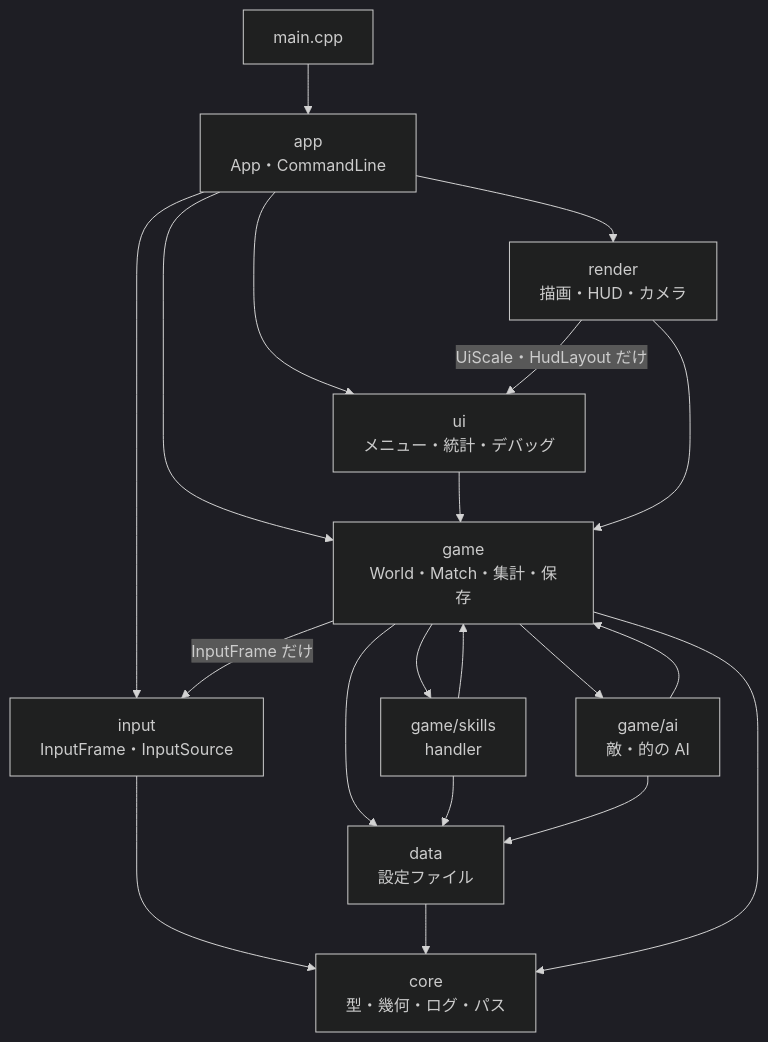
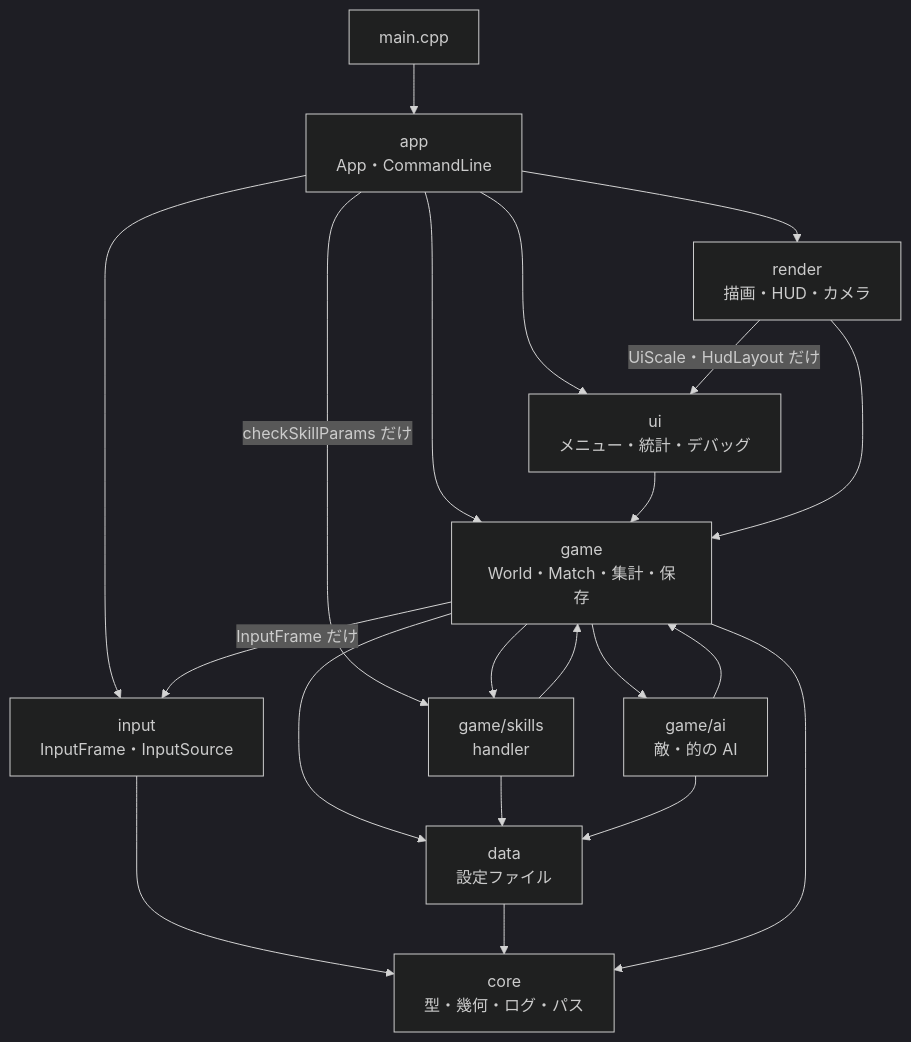
Before and after one commit to Sortorow/moba-trainer: the second of 6 diagrams in docs/design/02-architecture.md, drawn with Mermaid (dark theme). The commit also changed other lines of this file and 44 other files, not shown here.

````diff
--- a/docs/design/02-architecture.md
+++ b/docs/design/02-architecture.md
@@ -125,33 +125,34 @@
 ```mermaid
 flowchart TD
     main[main.cpp]
     app[app<br/>App・CommandLine]
     ui[ui<br/>メニュー・統計・デバッグ]
     render[render<br/>描画・HUD・カメラ]
     game[game<br/>World・Match・集計・保存]
     skills[game/skills<br/>handler]
     ai[game/ai<br/>敵・的の AI]
     input[input<br/>InputFrame・InputSource]
     data[data<br/>設定ファイル]
     core[core<br/>型・幾何・ログ・パス]
 
     main --> app
     app --> ui
     app --> render
     app --> game
     app --> input
+    app -->|checkSkillParams だけ| skills
     ui --> game
     render --> game
     render -->|UiScale・HudLayout だけ| ui
     game --> skills
     game --> ai
     game -->|InputFrame だけ| input
     skills --> game
     ai --> game
     game --> data
     skills --> data
     ai --> data
     input --> core
     data --> core
     game --> core
 ```
````
